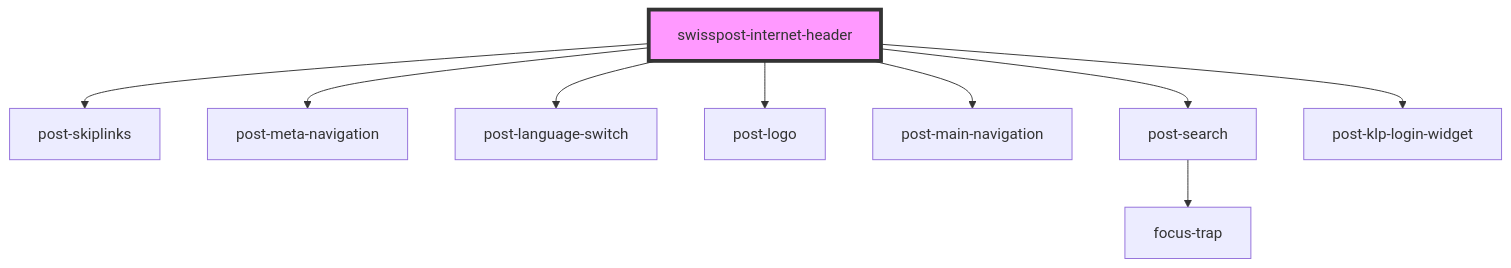
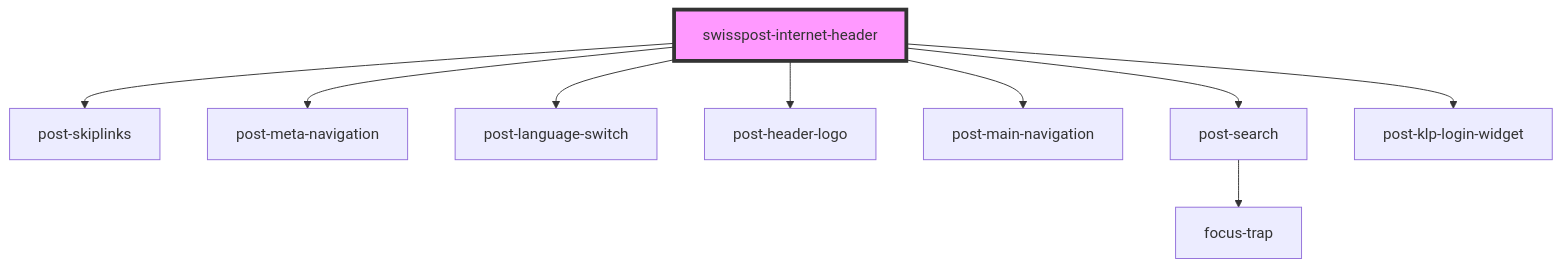
Before and after one commit to swisspost/design-system: the diagram in packages/internet-header/src/components/post-internet-header/readme.md, drawn with Mermaid. The commit also changed other lines of this file and 9 other files, not shown here.

````diff
--- a/packages/internet-header/src/components/post-internet-header/readme.md
+++ b/packages/internet-header/src/components/post-internet-header/readme.md
@@ -64,12 +64,12 @@
 ```mermaid
 graph TD;
   swisspost-internet-header --> post-skiplinks
   swisspost-internet-header --> post-meta-navigation
   swisspost-internet-header --> post-language-switch
-  swisspost-internet-header --> post-logo
+  swisspost-internet-header --> post-header-logo
   swisspost-internet-header --> post-main-navigation
   swisspost-internet-header --> post-search
   swisspost-internet-header --> post-klp-login-widget
   post-search --> focus-trap
   style swisspost-internet-header fill:#f9f,stroke:#333,stroke-width:4px
 ```
````
